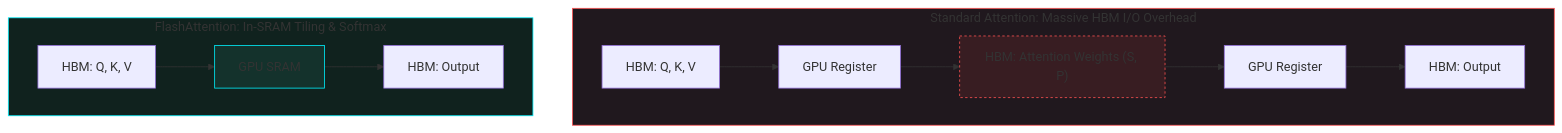
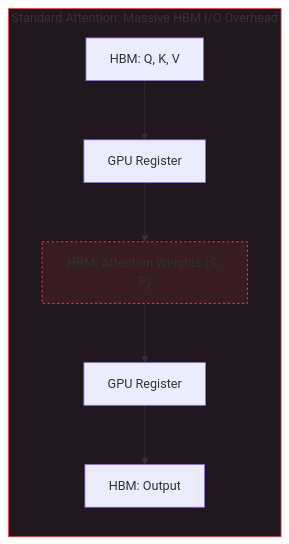
One commit to narenandu/narenvadapalli_dot_com changed the first of 2 diagrams in contents/blog/0053-inference-optimizations-prefill-decode/index.md. Above: the diagram before and after it, drawn with Mermaid.

Commit message:
fix: split Mermaid diagrams sequentially to avoid layout cramping

````diff
--- a/contents/blog/0053-inference-optimizations-prefill-decode/index.md
+++ b/contents/blog/0053-inference-optimizations-prefill-decode/index.md
@@ -36,21 +36,12 @@
 ```mermaid
-graph TD
+graph LR
     subgraph Standard [Standard Attention: Massive HBM I/O Overhead]
-        direction LR
         S_HBM_In[HBM: Q, K, V] --> S_Reg1[GPU Register]
         S_Reg1 --> S_HBM_Mid["HBM: Attention Weights (S, P)"]
         S_HBM_Mid --> S_Reg2[GPU Register]
         S_Reg2 --> S_HBM_Out[HBM: Output]
     end
 
-    subgraph Flash [FlashAttention: In-SRAM Tiling & Softmax]
-        direction LR
-        F_HBM_In[HBM: Q, K, V] --> F_SRAM[GPU SRAM]
-        F_SRAM --> F_HBM_Out[HBM: Output]
-    end
-
     style Standard fill:#20181e,stroke:#ff5353,stroke-width:1px
-    style Flash fill:#10221e,stroke:#00f2fe,stroke-width:1px
     style S_HBM_Mid fill:#381d22,stroke:#ff5353,stroke-dasharray: 3 3
-    style F_SRAM fill:#14322c,stroke:#00f2fe,stroke-width:1px
 ```
````
